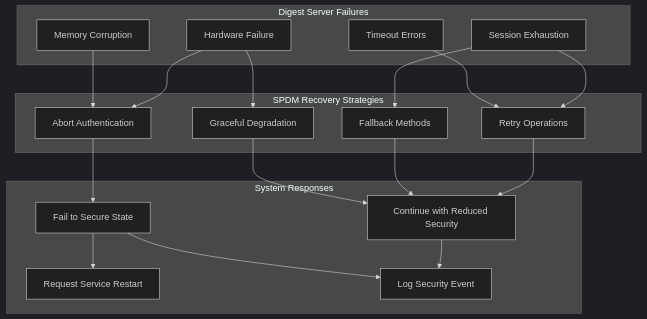
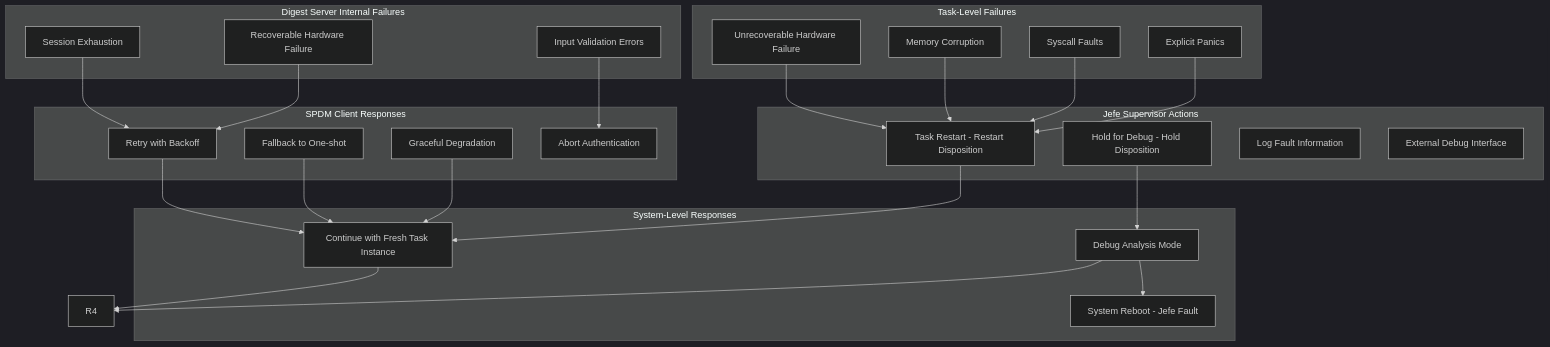
Before and after one commit to rusty1968/openprot: the tenth of 12 diagrams in docs/src/hash-driver-hubris.md, drawn with Mermaid (dark theme). The commit also changed other lines of this file, not shown here.

````diff
--- a/docs/src/hash-driver-hubris.md
+++ b/docs/src/hash-driver-hubris.md
@@ -431,39 +463,55 @@
 ```mermaid
 graph TB
-    subgraph "Digest Server Failures"
+    subgraph "Digest Server Internal Failures"
         F1[Session Exhaustion]
-        F2[Hardware Failure]
-        F3[Memory Corruption]
-        F4[Timeout Errors]
+        F2[Recoverable Hardware Failure]
+        F3[Input Validation Errors]
     end
     
-    subgraph "SPDM Recovery Strategies"
-        S1[Retry Operations]
-        S2[Fallback Methods]
+    subgraph "Task-Level Failures"
+        T1[Unrecoverable Hardware Failure]
+        T2[Memory Corruption]
+        T3[Syscall Faults]
+        T4[Explicit Panics]
+    end
+    
+    subgraph "SPDM Client Responses"
+        S1[Retry with Backoff]
+        S2[Fallback to One-shot]
         S3[Graceful Degradation]
         S4[Abort Authentication]
     end
     
-    subgraph "System Responses"
-        R1[Continue with Reduced Security]
-        R2[Fail to Secure State]
-        R3[Request Service Restart]
-        R4[Log Security Event]
+    subgraph "Jefe Supervisor Actions"
+        J1[Task Restart - Restart Disposition]
+        J2[Hold for Debug - Hold Disposition]
+        J3[Log Fault Information]
+        J4[External Debug Interface]
+    end
+    
+    subgraph "System-Level Responses"
+        R1[Continue with Fresh Task Instance]
+        R2[Debug Analysis Mode]
+        R3[System Reboot - Jefe Fault]
     end
     
     F1 --> S1
-    F1 --> S2
-    F2 --> S3
-    F2 --> S4
+    F2 --> S1
     F3 --> S4
-    F4 --> S1
+    
+    T1 --> J1
+    T2 --> J1
+    T3 --> J1
+    T4 --> J1
+    
+    J1 --> R1
+    J2 --> R2
     
     S1 --> R1
     S2 --> R1
     S3 --> R1
-    S4 --> R2
     
     R2 --> R3
     R1 --> R4
     R2 --> R4
 ```
````
